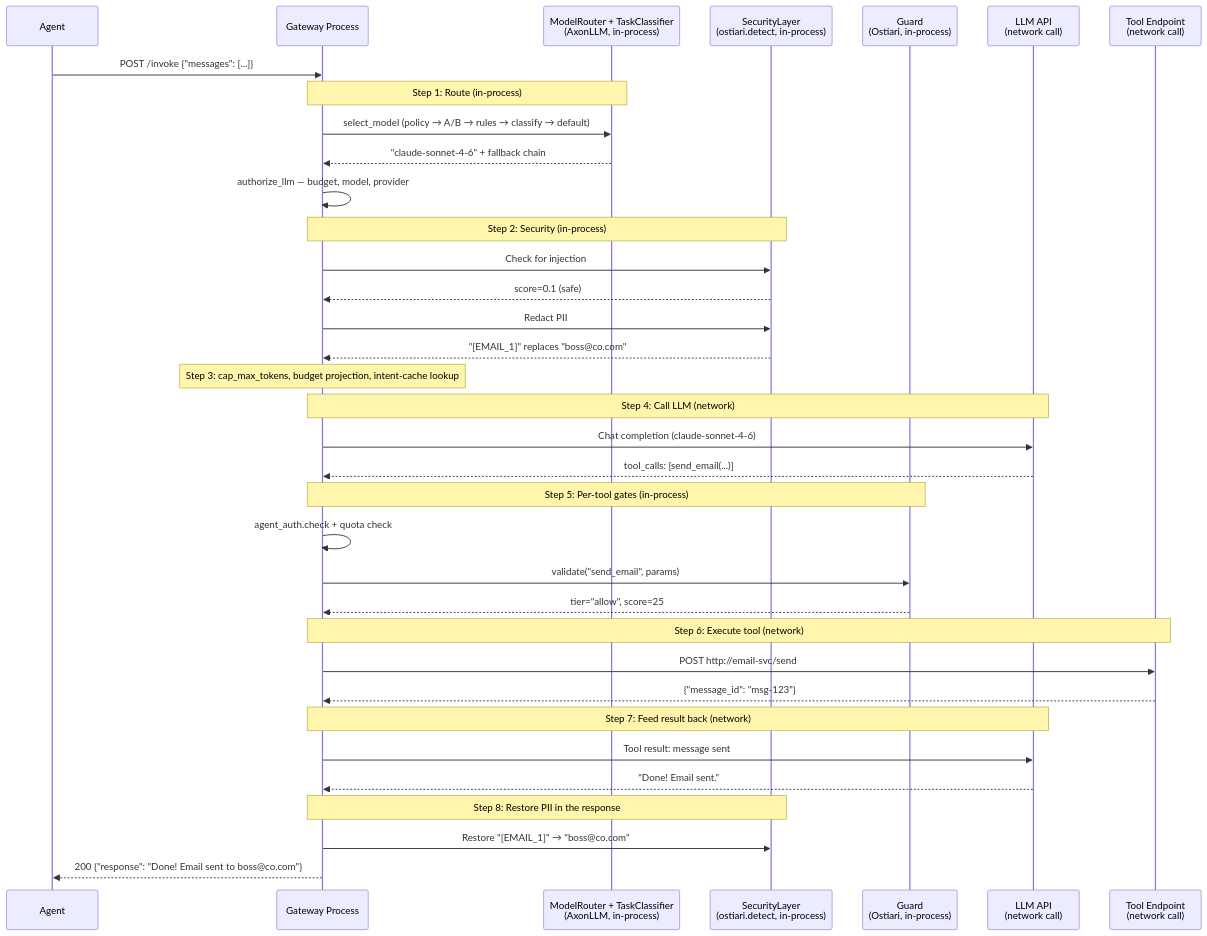
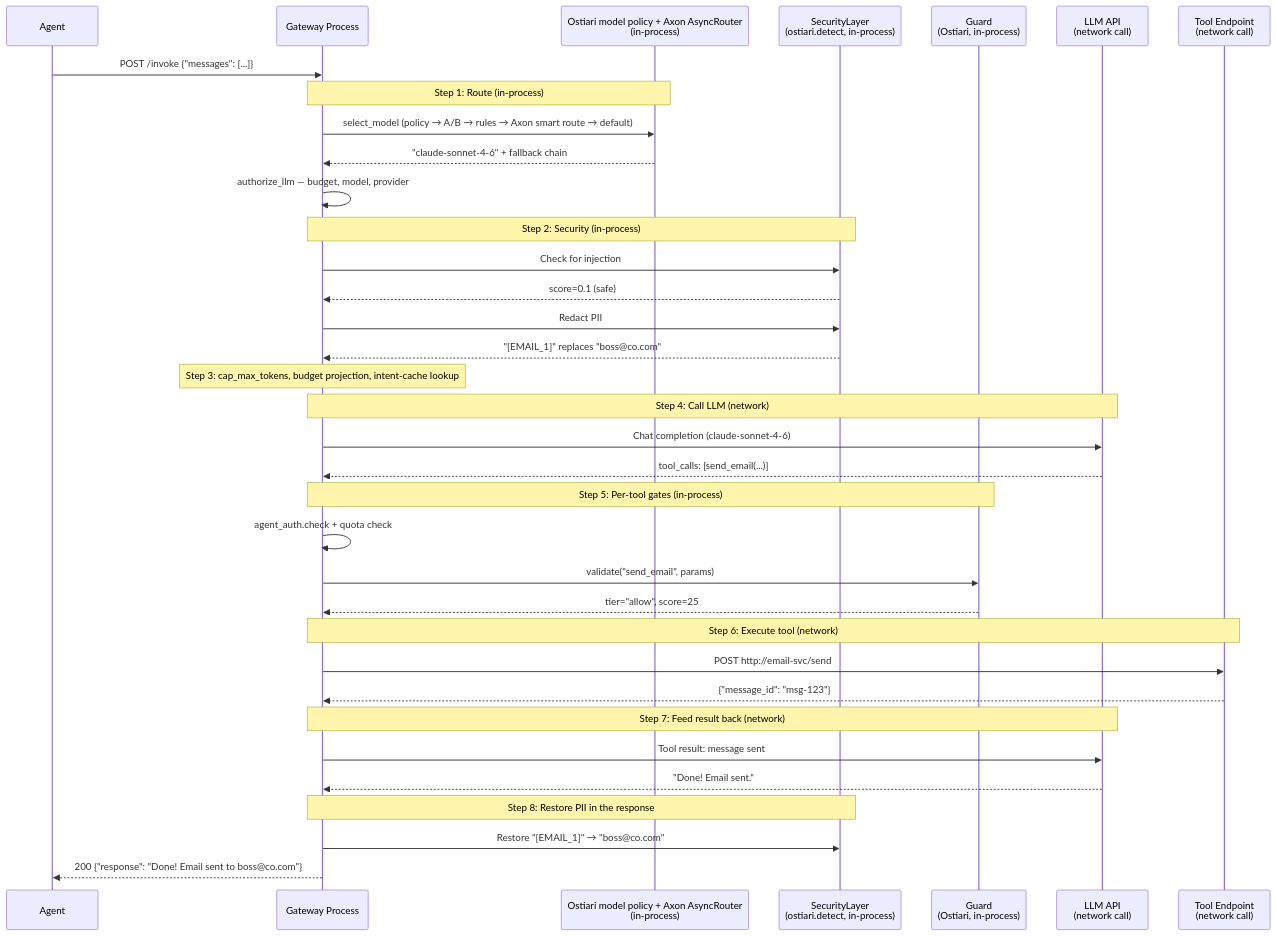
One commit to hk-775/ostiari changed diagram 19 of 39 in docs/gateway-architecture.md. Above: the diagram before and after it, drawn with Mermaid. The commit also changed other lines of this file and 380 other files, not shown here.

````diff
--- a/docs/gateway-architecture.md
+++ b/docs/gateway-architecture.md
@@ -1803,47 +1812,47 @@
 ```mermaid
 sequenceDiagram
     participant Agent
     participant GW as Gateway Process
-    participant Router as ModelRouter + TaskClassifier<br/>(AxonLLM, in-process)
+    participant Router as Ostiari model policy + Axon AsyncRouter<br/>(in-process)
     participant SEC as SecurityLayer<br/>(ostiari.detect, in-process)
     participant Guard as Guard<br/>(Ostiari, in-process)
     participant LLM as LLM API<br/>(network call)
     participant Tool as Tool Endpoint<br/>(network call)
 
     Agent->>GW: POST /invoke {"messages": [...]}
 
     Note over GW,Router: Step 1: Route (in-process)
-    GW->>Router: select_model (policy → A/B → rules → classify → default)
+    GW->>Router: select_model (policy → A/B → rules → Axon smart route → default)
     Router-->>GW: "claude-sonnet-4-6" + fallback chain
     GW->>GW: authorize_llm — budget, model, provider
 
     Note over GW,SEC: Step 2: Security (in-process)
     GW->>SEC: Check for injection
     SEC-->>GW: score=0.1 (safe)
     GW->>SEC: Redact PII
     SEC-->>GW: "[EMAIL_1]" replaces "boss@co.com"
 
     Note over GW: Step 3: cap_max_tokens, budget projection, intent-cache lookup
 
     Note over GW,LLM: Step 4: Call LLM (network)
     GW->>LLM: Chat completion (claude-sonnet-4-6)
     LLM-->>GW: tool_calls: [send_email(...)]
 
     Note over GW,Guard: Step 5: Per-tool gates (in-process)
     GW->>GW: agent_auth.check + quota check
     GW->>Guard: validate("send_email", params)
     Guard-->>GW: tier="allow", score=25
 
     Note over GW,Tool: Step 6: Execute tool (network)
     GW->>Tool: POST http://email-svc/send
     Tool-->>GW: {"message_id": "msg-123"}
 
     Note over GW,LLM: Step 7: Feed result back (network)
     GW->>LLM: Tool result: message sent
     LLM-->>GW: "Done! Email sent."
 
     Note over GW,SEC: Step 8: Restore PII in the response
     GW->>SEC: Restore "[EMAIL_1]" → "boss@co.com"
 
     GW-->>Agent: 200 {"response": "Done! Email sent to boss@co.com"}
 ```
````
